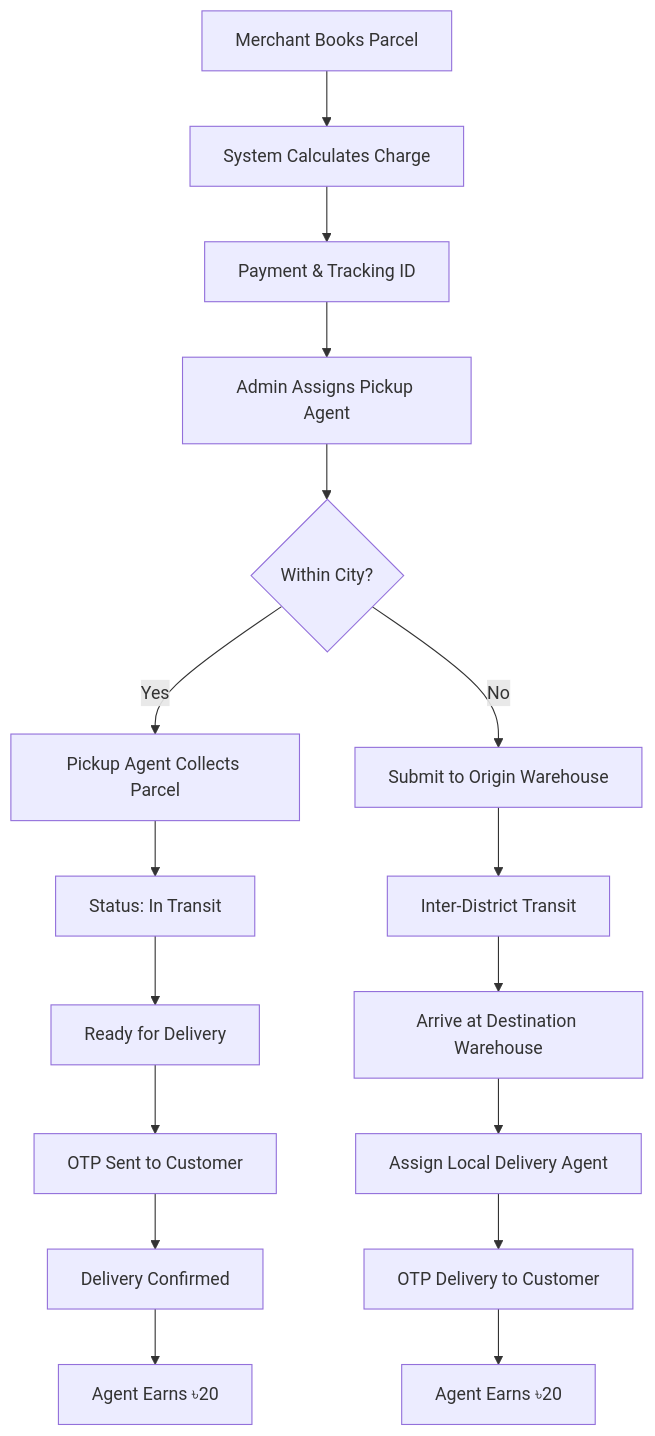
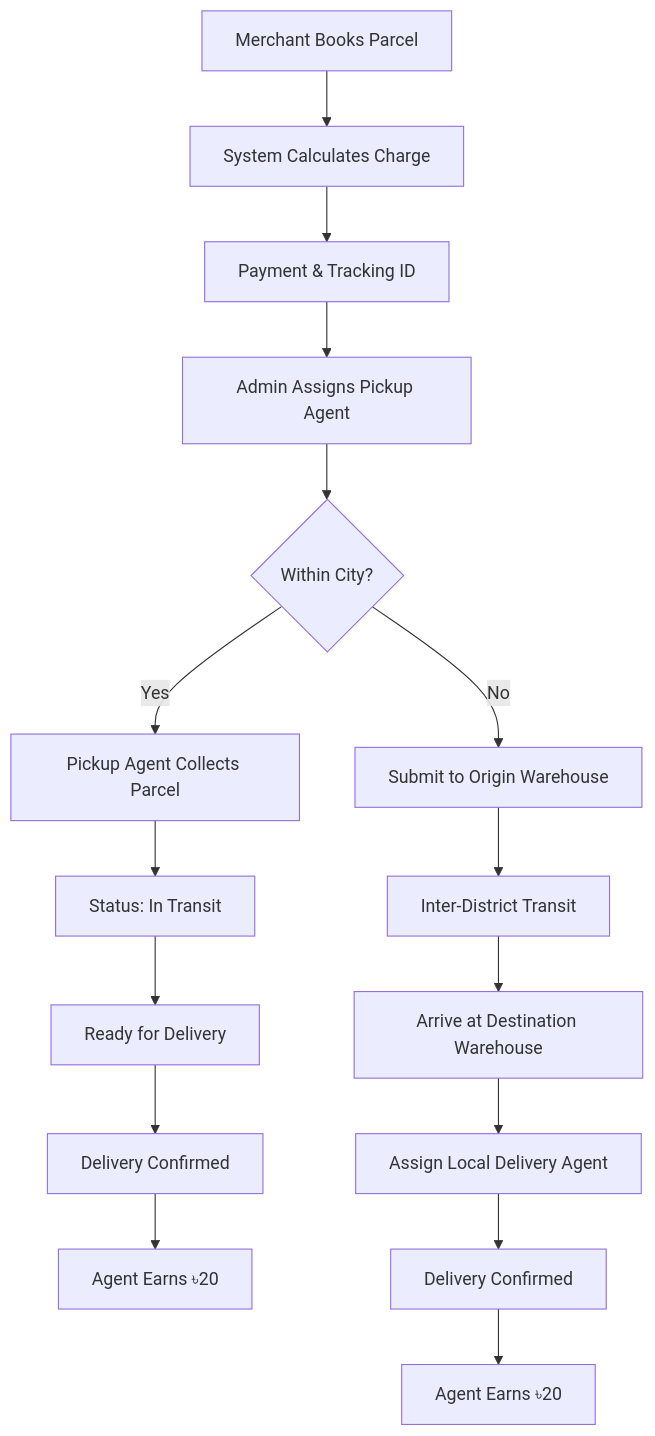
Before and after one commit to ferdouszihad/Zap-shift-Resources: the diagram in readme.md, drawn with Mermaid.

Commit message:
Added requirements

````diff
--- a/readme.md
+++ b/readme.md
@@ -30,19 +30,18 @@
 ```mermaid
 flowchart TD
     A[Merchant Books Parcel] --> B[System Calculates Charge]
     B --> C[Payment & Tracking ID]
     C --> D[Admin Assigns Pickup Agent]
     D --> E{Within City?}
     E -- Yes --> F[Pickup Agent Collects Parcel]
     F --> G[Status: In Transit]
     G --> H[Ready for Delivery]
-    H --> I[OTP Sent to Customer]
-    I --> J[Delivery Confirmed]
-    J --> K[Agent Earns ৳20]
-    E -- No --> L[Submit to Origin Warehouse]
-    L --> M[Inter-District Transit]
-    M --> N[Arrive at Destination Warehouse]
-    N --> O[Assign Local Delivery Agent]
-    O --> P[OTP Delivery to Customer]
-    P --> Q[Agent Earns ৳20]
+    H --> I[Delivery Confirmed]
+    I --> J[Agent Earns ৳20]
+    E -- No --> K[Submit to Origin Warehouse]
+    K --> L[Inter-District Transit]
+    L --> M[Arrive at Destination Warehouse]
+    M --> N[Assign Local Delivery Agent]
+    N --> O[Delivery Confirmed]
+    O --> P[Agent Earns ৳20]
 ```
````
